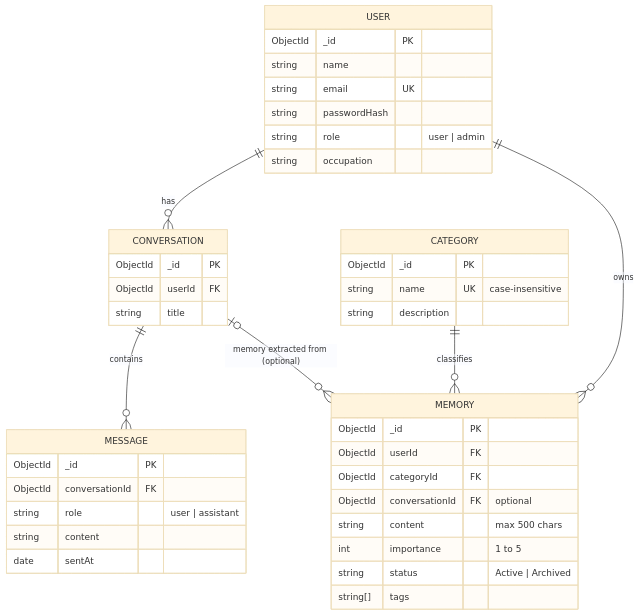
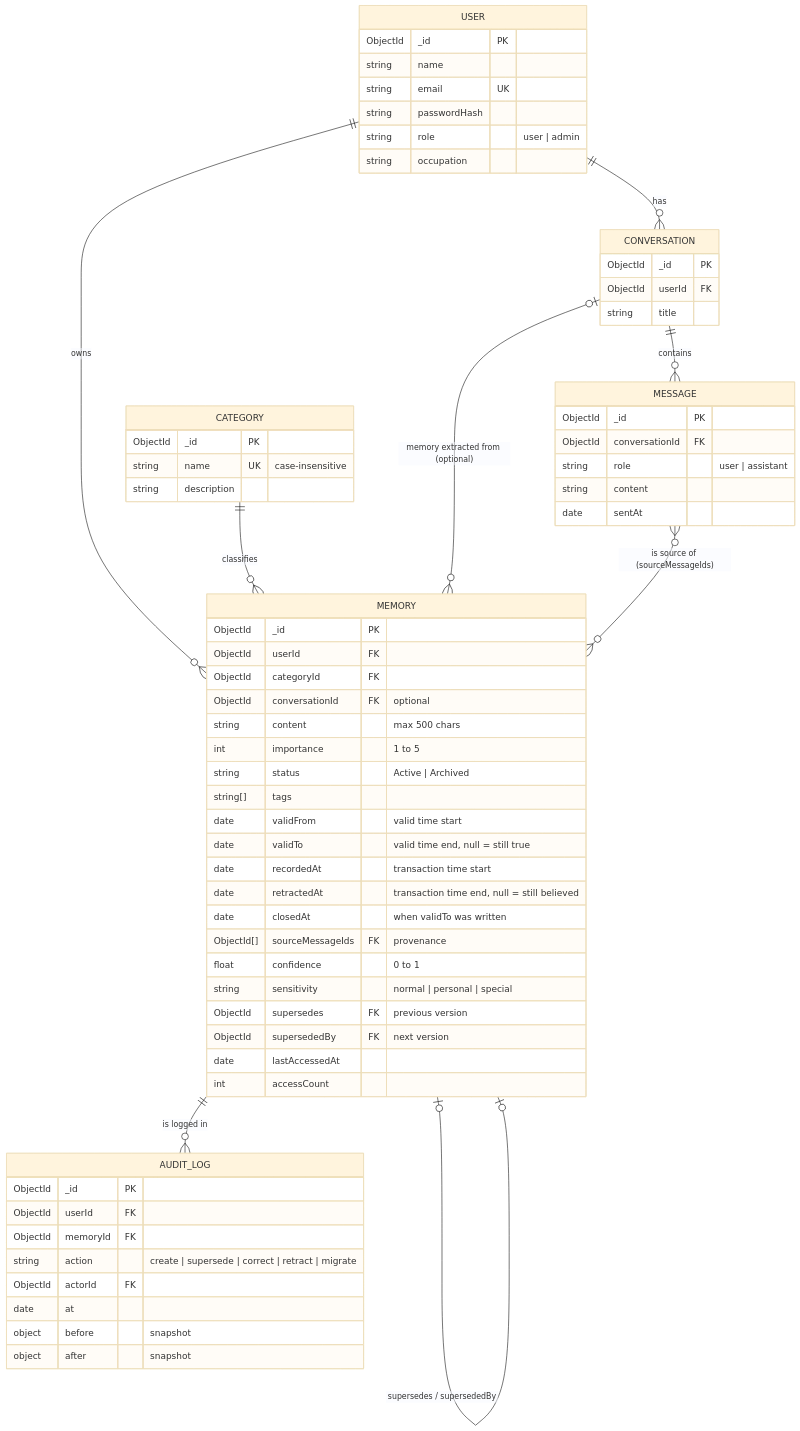
Before and after one commit to PavitranVC/AI-Memory-Organizer: the diagram in README.md, drawn with Mermaid (base theme). The commit also changed other lines of this file and 2 other files, not shown here.

````diff
--- a/README.md
+++ b/README.md
@@ -149,44 +226,69 @@
 ```mermaid
 erDiagram
   USER ||--o{ CONVERSATION : "has"
   USER ||--o{ MEMORY : "owns"
   CONVERSATION ||--o{ MESSAGE : "contains"
   CATEGORY ||--o{ MEMORY : "classifies"
   CONVERSATION |o--o{ MEMORY : "memory extracted from (optional)"
+  MESSAGE }o--o{ MEMORY : "is source of (sourceMessageIds)"
+  MEMORY |o--o| MEMORY : "supersedes / supersededBy"
+  MEMORY ||--o{ AUDIT_LOG : "is logged in"
 
   USER {
     ObjectId _id PK
     string name
     string email UK
     string passwordHash
     string role "user | admin"
     string occupation
   }
   CATEGORY {
     ObjectId _id PK
     string name UK "case-insensitive"
     string description
   }
   CONVERSATION {
     ObjectId _id PK
     ObjectId userId FK
     string title
   }
   MESSAGE {
     ObjectId _id PK
     ObjectId conversationId FK
     string role "user | assistant"
     string content
     date sentAt
   }
   MEMORY {
     ObjectId _id PK
     ObjectId userId FK
     ObjectId categoryId FK
     ObjectId conversationId FK "optional"
     string content "max 500 chars"
     int importance "1 to 5"
     string status "Active | Archived"
     string[] tags
+    date validFrom "valid time start"
+    date validTo "valid time end, null = still true"
+    date recordedAt "transaction time start"
+    date retractedAt "transaction time end, null = still believed"
+    date closedAt "when validTo was written"
+    ObjectId[] sourceMessageIds FK "provenance"
+    float confidence "0 to 1"
+    string sensitivity "normal | personal | special"
+    ObjectId supersedes FK "previous version"
+    ObjectId supersededBy FK "next version"
+    date lastAccessedAt
+    int accessCount
+  }
+  AUDIT_LOG {
+    ObjectId _id PK
+    ObjectId userId FK
+    ObjectId memoryId FK
+    string action "create | supersede | correct | retract | migrate"
+    ObjectId actorId FK
+    date at
+    object before "snapshot"
+    object after "snapshot"
   }
 ```
````
